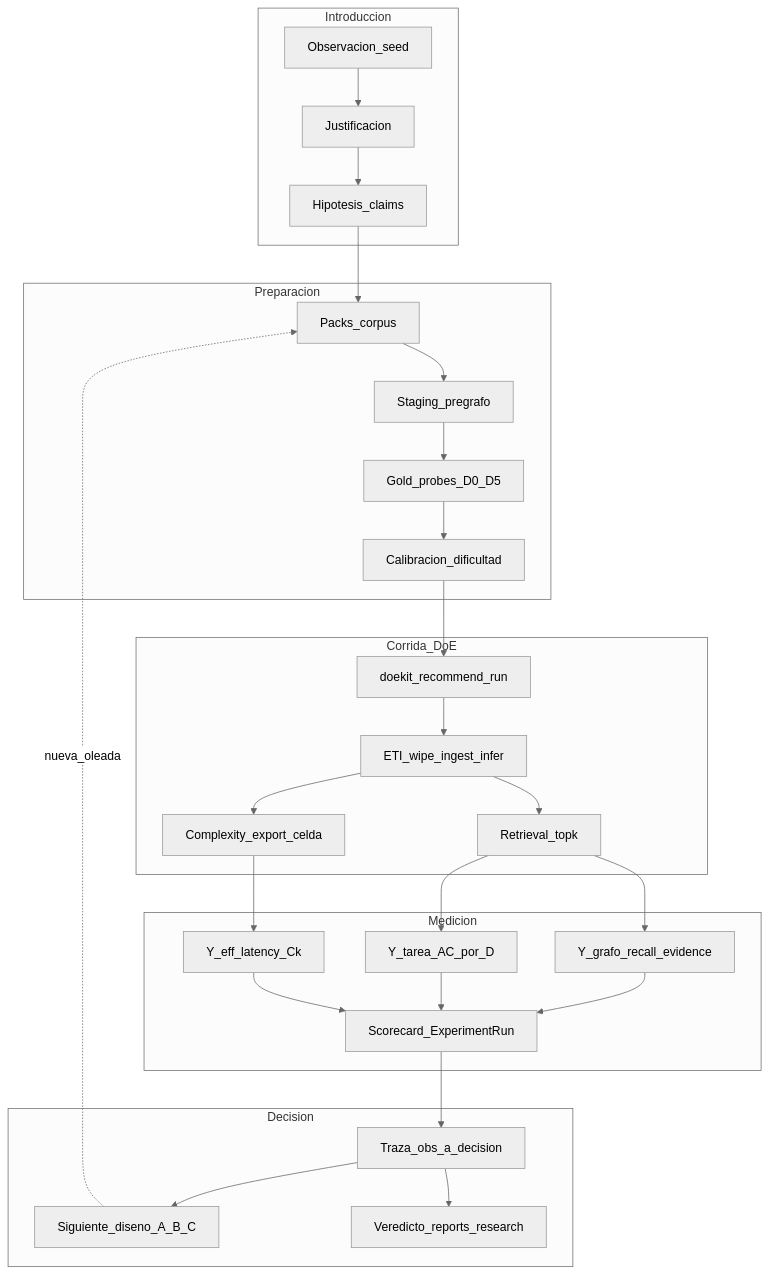
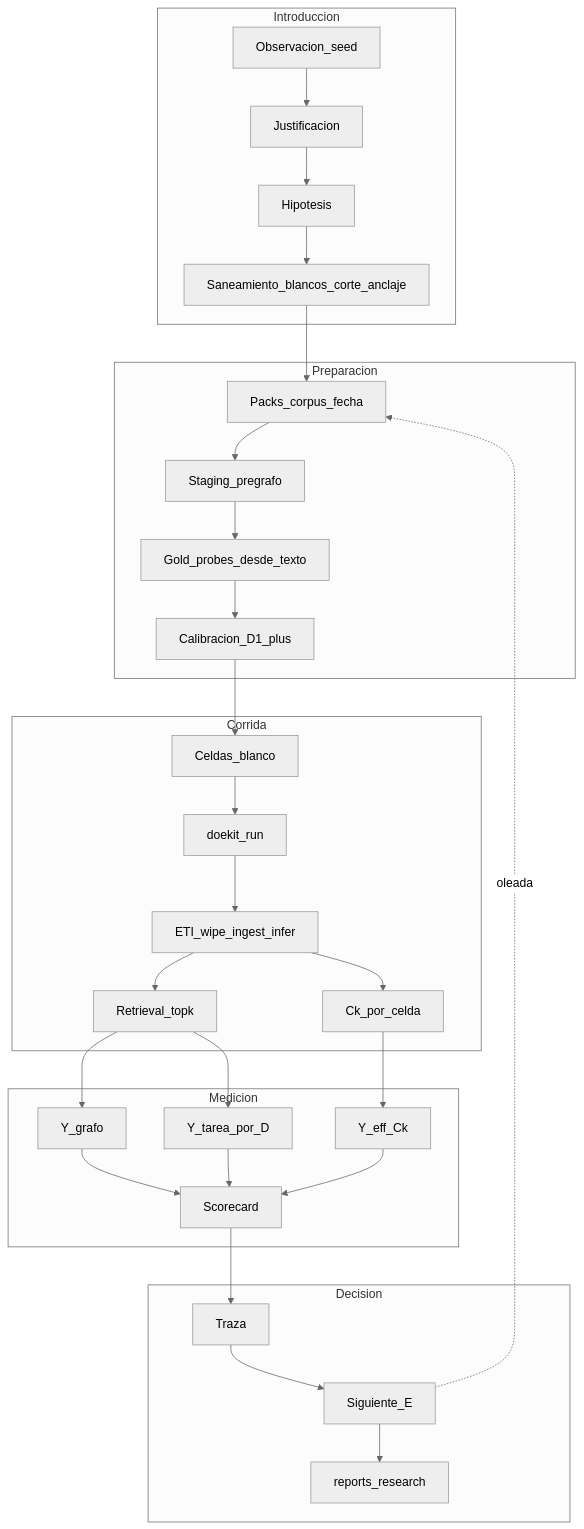
The diagram in docs/experiment/EXPERIMENTAL_DESIGN.md (Alejandro-qnow/Ungraph), drawn with Mermaid (neutral theme) before and after one commit. The commit also changed other lines of this file and 7 other files, not shown here.

First line of the commit message:
docs(experiment): saneamiento blancos/corte LLM y arranque E0 packs

````diff
--- a/docs/experiment/EXPERIMENTAL_DESIGN.md
+++ b/docs/experiment/EXPERIMENTAL_DESIGN.md
@@ -23,49 +23,50 @@
 ```mermaid
 flowchart TB
   subgraph intro [Introduccion]
     Obs[Observacion_seed]
     Just[Justificacion]
-    Hyp[Hipotesis_claims]
+    Hyp[Hipotesis]
+    San[Saneamiento_blancos_corte_anclaje]
   end
 
   subgraph prep [Preparacion]
-    Pack[Packs_corpus]
+    Pack[Packs_corpus_fecha]
     Stage[Staging_pregrafo]
-    Gold[Gold_probes_D0_D5]
-    Cal[Calibracion_dificultad]
+    Gold[Gold_probes_desde_texto]
+    Cal[Calibracion_D1_plus]
   end
 
-  subgraph run [Corrida_DoE]
-    Doe[doekit_recommend_run]
+  subgraph run [Corrida]
+    Blanco[Celdas_blanco]
+    Doe[doekit_run]
     ETI[ETI_wipe_ingest_infer]
     Ret[Retrieval_topk]
-    Ck[Complexity_export_celda]
+    Ck[Ck_por_celda]
   end
 
   subgraph measure [Medicion]
-    Yg[Y_grafo_recall_evidence]
-    Yt[Y_tarea_AC_por_D]
-    Ye[Y_eff_latency_Ck]
-    Card[Scorecard_ExperimentRun]
+    Yg[Y_grafo]
+    Yt[Y_tarea_por_D]
+    Ye[Y_eff_Ck]
+    Card[Scorecard]
   end
 
   subgraph decide [Decision]
-    Trace[Traza_obs_a_decision]
-    Next[Siguiente_diseno_A_B_C]
-    Ver[Veredicto_reports_research]
+    Trace[Traza]
+    Next[Siguiente_E]
+    Ver[reports_research]
   end
 
-  Obs --> Just --> Hyp
-  Hyp --> Pack --> Stage --> Gold --> Cal
-  Cal --> Doe --> ETI --> Ret
+  Obs --> Just --> Hyp --> San
+  San --> Pack --> Stage --> Gold --> Cal
+  Cal --> Blanco --> Doe --> ETI --> Ret
   ETI --> Ck
   Ret --> Yg
   Ret --> Yt
   Ck --> Ye
   Yg --> Card
   Yt --> Card
   Ye --> Card
-  Card --> Trace --> Next
-  Trace --> Ver
-  Next -.->|nueva_oleada| Pack
+  Card --> Trace --> Next --> Ver
+  Next -.->|oleada| Pack
 ```
````
